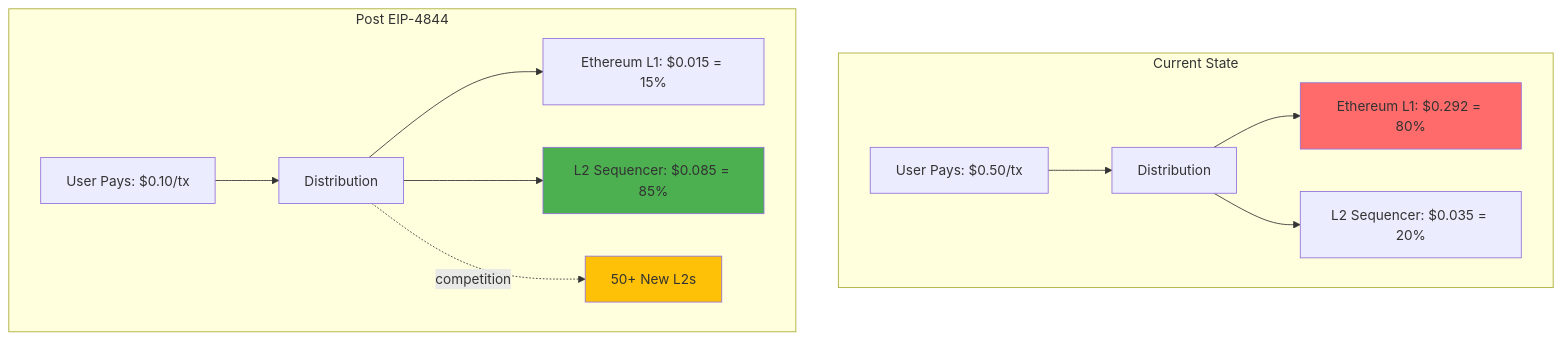
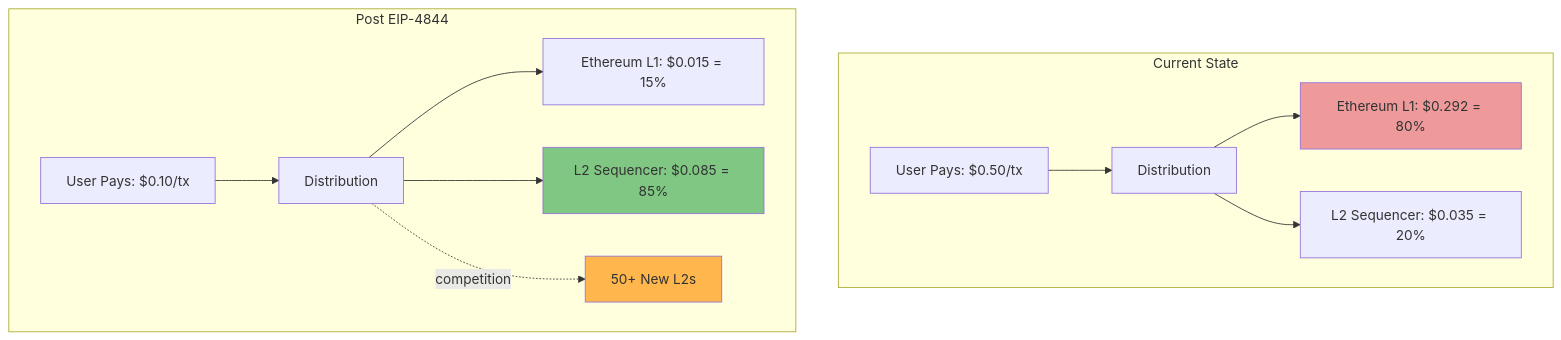
One commit to ljg-cqu/knowledge changed the seventh of 11 diagrams in Industry/Blockchain/Blockchain/ValueChain/QA_Perplexity.md. Above: the diagram before and after it, drawn with Mermaid. The commit also changed other lines of this file and 6 other files, not shown here.

````diff
--- a/Industry/Blockchain/Blockchain/ValueChain/QA_Perplexity.md
+++ b/Industry/Blockchain/Blockchain/ValueChain/QA_Perplexity.md
@@ -533,19 +533,19 @@
 ```mermaid
 graph TB
     subgraph "Current State"
     U1[User Pays: $0.50/tx] --> D1[Distribution]
     D1 --> L1_1[Ethereum L1: $0.292 = 80%]
     D1 --> L2_1[L2 Sequencer: $0.035 = 20%]
     end
     
     subgraph "Post EIP-4844"
     U2[User Pays: $0.10/tx] --> D2[Distribution]
     D2 --> L1_2[Ethereum L1: $0.015 = 15%]
     D2 --> L2_2[L2 Sequencer: $0.085 = 85%]
     D2 -.competition.-> C[50+ New L2s]
     end
     
-    style L1_1 fill:#ff6b6b
-    style L2_2 fill:#4CAF50
-    style C fill:#FFC107
+    style L1_1 fill:#EF9A9A
+    style L2_2 fill:#81C784
+    style C fill:#FFB74D
 ```
````
